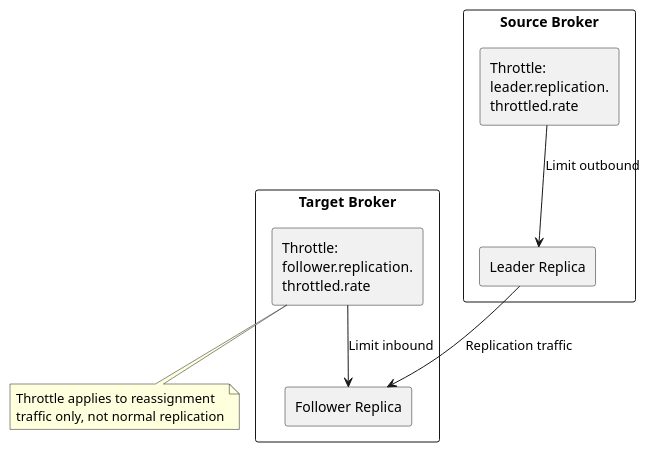
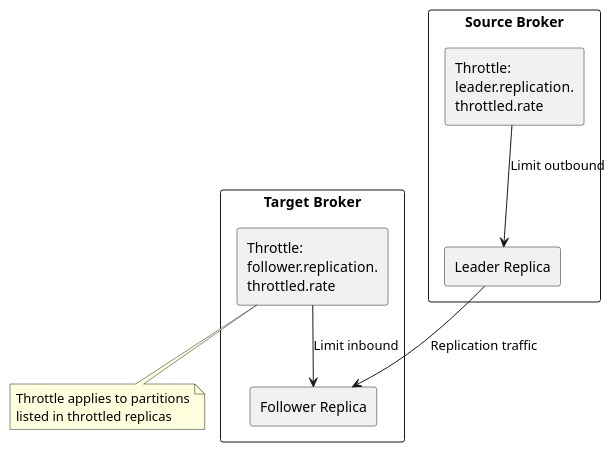
The fourth of 5 diagrams in docs/data-platforms/kafka/architecture/scaling/partition-reassignment.md (axonops/documentation), drawn with PlantUML before and after one commit. The commit also changed other lines of this file and 34 other files, not shown here.

Commit message:
Updated Kafka architecture documents

````diff
--- a/docs/data-platforms/kafka/architecture/scaling/partition-reassignment.md
+++ b/docs/data-platforms/kafka/architecture/scaling/partition-reassignment.md
@@ -245,26 +245,26 @@
 ```plantuml
 @startuml
 
 skinparam backgroundColor transparent
 
 rectangle "Source Broker" as Src {
     rectangle "Leader Replica" as Leader
     rectangle "Throttle:\nleader.replication.\nthrottled.rate" as SrcThrottle
 }
 
 rectangle "Target Broker" as Tgt {
     rectangle "Follower Replica" as Follower
     rectangle "Throttle:\nfollower.replication.\nthrottled.rate" as TgtThrottle
 }
 
 Leader --> Follower : Replication traffic
 SrcThrottle --> Leader : Limit outbound
 TgtThrottle --> Follower : Limit inbound
 
 note bottom
-  Throttle applies to reassignment
-  traffic only, not normal replication
+  Throttle applies to partitions
+  listed in throttled replicas
 end note
 
 @enduml
 ```
````
